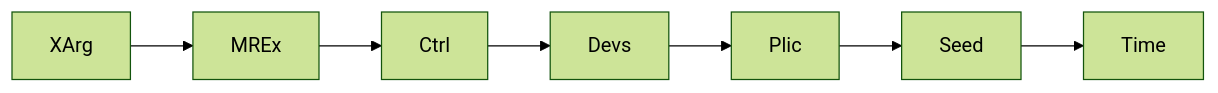
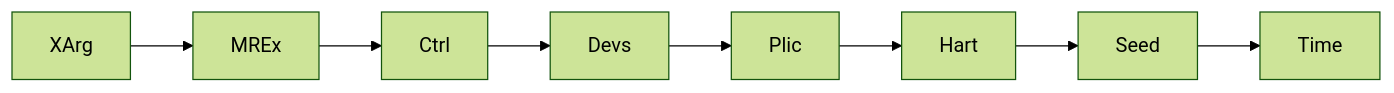
Before and after one commit to sirmick/redoubt: the third of 7 diagrams in docs/kernel/boot.md, drawn with Mermaid (forest theme). The commit also changed other lines of this file and 33 other files, not shown here.

````diff
--- a/docs/kernel/boot.md
+++ b/docs/kernel/boot.md
@@ -172,4 +174,4 @@
 ```mermaid
 flowchart LR
-    XArg --> MREx --> Ctrl --> Devs --> Plic --> Seed --> Time
+    XArg --> MREx --> Ctrl --> Devs --> Plic --> Hart --> Seed --> Time
 ```
````
